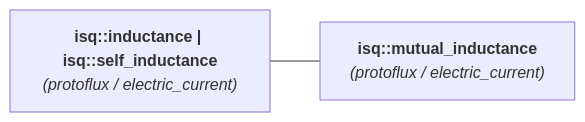
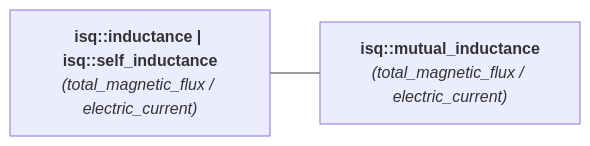
One commit to mpusz/mp-units changed the diagram in docs/reference/systems_reference/hierarchies/inductance_isq.md. Above: the diagram before and after it, drawn with Mermaid. The commit also changed 83 other files, not shown here.

````diff
--- a/docs/reference/systems_reference/hierarchies/inductance_isq.md
+++ b/docs/reference/systems_reference/hierarchies/inductance_isq.md
@@ -8,6 +8,6 @@
 ```mermaid
 flowchart LR
-    isq_inductance["<b><a href="../../systems/isq/#inductance" style="color: var(--md-mermaid-label-fg-color); text-decoration: none;">isq::inductance</a> | <a href="../../systems/isq/#self_inductance" style="color: var(--md-mermaid-label-fg-color); text-decoration: none;">isq::self_inductance</a></b><br><i>(<a href="../../systems/isq/#protoflux" style="color: var(--md-mermaid-label-fg-color); text-decoration: none;">protoflux</a> / <a href="../../systems/isq/#electric_current" style="color: var(--md-mermaid-label-fg-color); text-decoration: none;">electric_current</a>)</i>"]
-    isq_mutual_inductance["<b><a href="../../systems/isq/#mutual_inductance" style="color: var(--md-mermaid-label-fg-color); text-decoration: none;">isq::mutual_inductance</a></b><br><i>(<a href="../../systems/isq/#protoflux" style="color: var(--md-mermaid-label-fg-color); text-decoration: none;">protoflux</a> / <a href="../../systems/isq/#electric_current" style="color: var(--md-mermaid-label-fg-color); text-decoration: none;">electric_current</a>)</i>"]
+    isq_inductance["<b><a href="../../systems/isq/#inductance" style="color: var(--md-mermaid-label-fg-color); text-decoration: none;">isq::inductance</a> | <a href="../../systems/isq/#self_inductance" style="color: var(--md-mermaid-label-fg-color); text-decoration: none;">isq::self_inductance</a></b><br><i>(<a href="../../systems/isq/#total_magnetic_flux" style="color: var(--md-mermaid-label-fg-color); text-decoration: none;">total_magnetic_flux</a> / <a href="../../systems/isq/#electric_current" style="color: var(--md-mermaid-label-fg-color); text-decoration: none;">electric_current</a>)</i>"]
+    isq_mutual_inductance["<b><a href="../../systems/isq/#mutual_inductance" style="color: var(--md-mermaid-label-fg-color); text-decoration: none;">isq::mutual_inductance</a></b><br><i>(<a href="../../systems/isq/#total_magnetic_flux" style="color: var(--md-mermaid-label-fg-color); text-decoration: none;">total_magnetic_flux</a> / <a href="../../systems/isq/#electric_current" style="color: var(--md-mermaid-label-fg-color); text-decoration: none;">electric_current</a>)</i>"]
     isq_inductance --- isq_mutual_inductance
 ```
````
